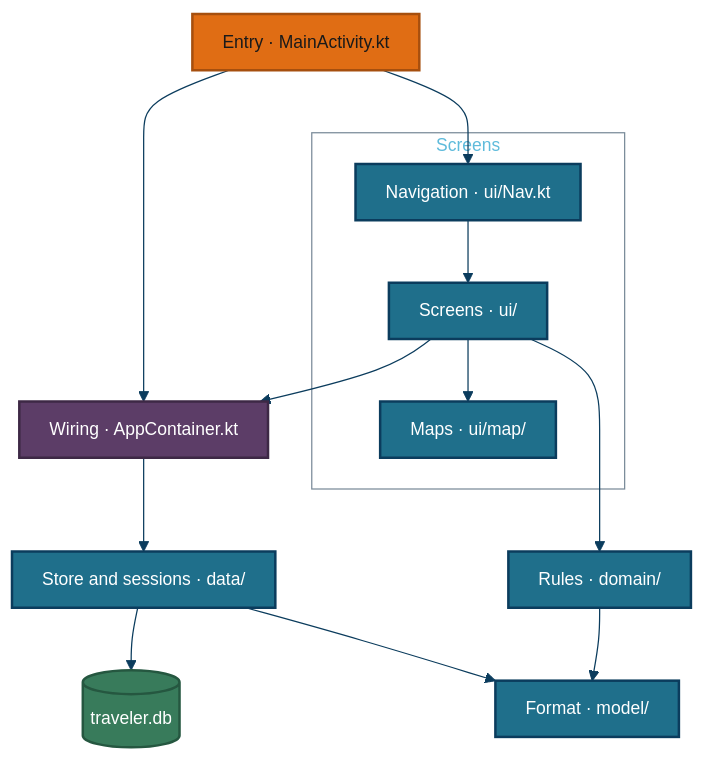
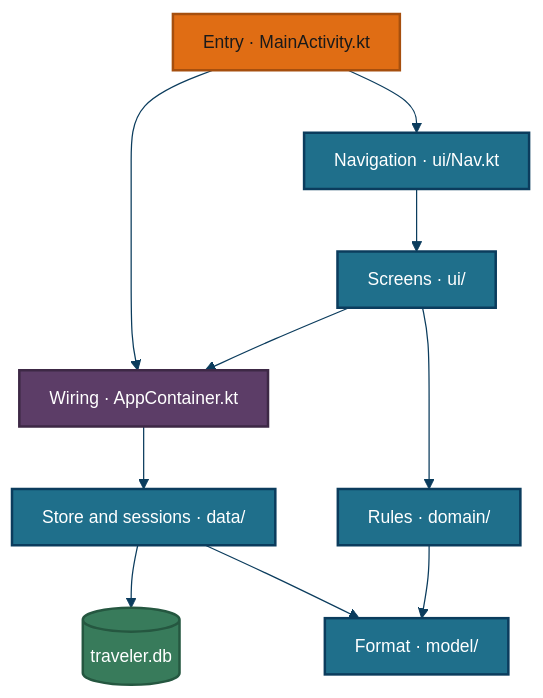
The first of 2 diagrams in docs/visual/OVERVIEW.md (Tshort76/traveler), drawn with Mermaid before and after one commit. The commit also changed other lines of this file and 35 other files, not shown here.

````diff
--- a/docs/visual/OVERVIEW.md
+++ b/docs/visual/OVERVIEW.md
@@ -34,30 +34,26 @@
 ```mermaid
 %%{init: {"theme": "base", "themeVariables": {"fontSize": "14px", "lineColor": "#0B3C5D", "primaryColor": "#1F6F8B", "primaryTextColor": "#FFFFFF", "primaryBorderColor": "#0B3C5D", "clusterBkg": "transparent", "clusterBorder": "#7A8B99", "edgeLabelBackground": "transparent", "actorBkg": "#E06D14", "actorTextColor": "#1A1A1A", "actorBorder": "#A64F0E", "signalColor": "#0B3C5D", "signalTextColor": "#0B3C5D", "labelBoxBkgColor": "#1F6F8B", "labelTextColor": "#FFFFFF"}, "flowchart": {"curve": "basis", "padding": 12}} }%%
 flowchart TB
   ACT["Entry · MainActivity.kt"]
-  subgraph screens["Screens"]
-    NAV["Navigation · ui/Nav.kt"]
-    UI["Screens · ui/"]
-    MAP["Maps · ui/map/"]
-  end
+  NAV["Navigation · ui/Nav.kt"]
+  UI["Screens · ui/"]
   CON["Wiring · AppContainer.kt"]
   DATA["Store and sessions · data/"]
   DOM["Rules · domain/"]
   MOD["Format · model/"]
   DB[("traveler.db")]
   ACT --> CON
   ACT --> NAV --> UI
-  UI --> MAP
   UI --> CON
   CON --> DATA --> DB
   UI --> DOM --> MOD
   DATA --> MOD
   classDef entry fill:#E06D14,stroke:#A64F0E,stroke-width:2px,color:#1A1A1A
   classDef stage fill:#1F6F8B,stroke:#0B3C5D,stroke-width:2px,color:#ffffff
   classDef store fill:#387B5B,stroke:#255740,stroke-width:2px,color:#ffffff
   classDef focus fill:#5C3D67,stroke:#3D2845,stroke-width:2px,color:#ffffff
   class ACT entry
-  class NAV,UI,MAP,DATA,DOM,MOD stage
+  class NAV,UI,DATA,DOM,MOD stage
   class CON focus
   class DB store
 ```
````
